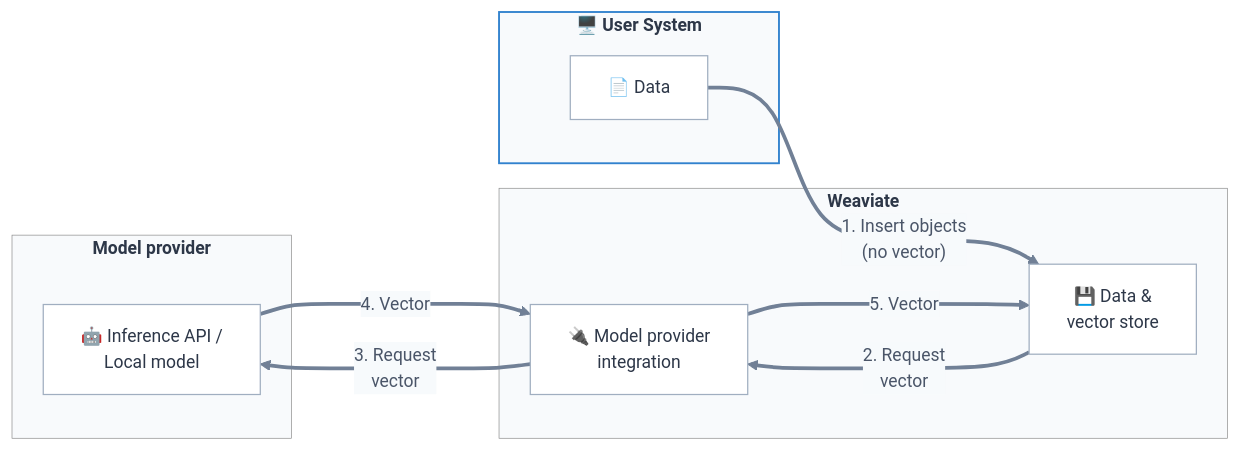
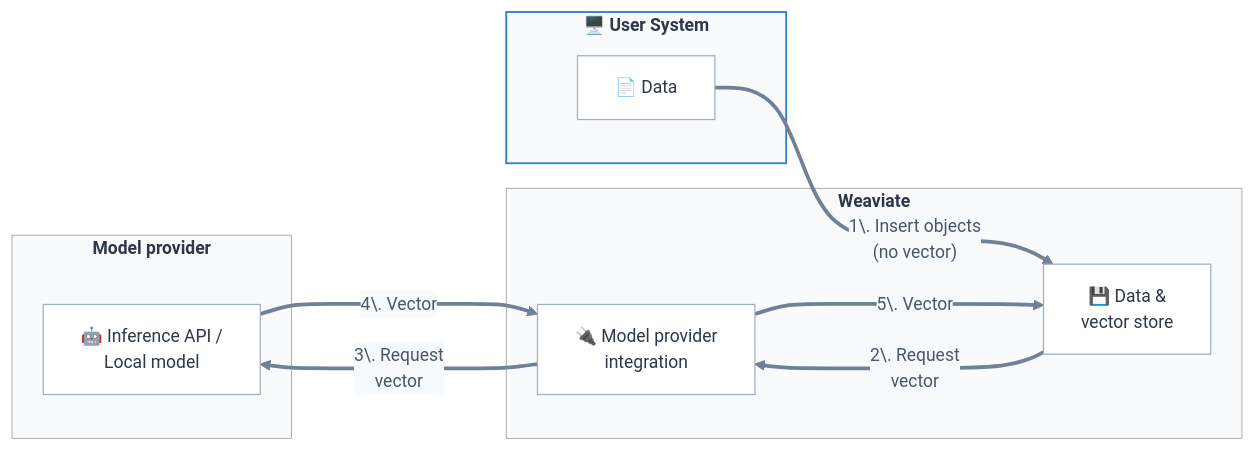
Before and after one commit to weaviate/docs: the first of 2 diagrams in docs/weaviate/concepts/search/vector-search.md, drawn with Mermaid. The commit also changed other lines of this file and 9 other files, not shown here.

````diff
--- a/docs/weaviate/concepts/search/vector-search.md
+++ b/docs/weaviate/concepts/search/vector-search.md
@@ -35,61 +35,61 @@
 ```mermaid
 %%{init: {
   'theme': 'base',
   'themeVariables': {
     'primaryColor': '#4a5568',
     'primaryTextColor': '#2d3748',
     'primaryBorderColor': '#718096',
     'lineColor': '#718096',
     'secondaryColor': '#f7fafc',
     'tertiaryColor': '#edf2f7',
     'fontFamily': 'Inter, system-ui, sans-serif',
     'fontSize': '14px',
     'lineHeight': '1.4',
     'nodeBorder': '1px',
     'mainBkg': '#ffffff',
     'clusterBkg': '#f8fafc'
   }
 }}%%
 
 flowchart LR
     %% Style definitions
     classDef systemBox fill:#f8fafc,stroke:#3182ce,stroke-width:1.5px,color:#2d3748,font-weight:bold
     classDef weaviateBox fill:#f8fafc,stroke:gray,stroke-width:0.5px,color:#2d3748,font-weight:bold
     classDef cloudBox fill:white,stroke:#48bb78,stroke-width:2px,color:#553c9a,font-weight:bold
     classDef providerBox fill:#f8fafc,stroke:gray,stroke-width:0.5px,color:#2d3748,font-weight:bold
     classDef component fill:white,stroke:#a0aec0,stroke-width:1px,color:#2d3748
     classDef edgeLabel fill:white,stroke:#e2e8f0,stroke-width:1px,color:#4a5568
 
     %% Provider section
     subgraph provider["Model provider"]
         inference["🤖 Inference API /\nLocal model"]
     end
 
     %% Weaviate section
     subgraph weaviate["Weaviate"]
         vectorizer["🔌 Model provider\nintegration"]
         core["💾 Data &\nvector store"]
     end
 
     %% User System
     subgraph user["🖥️ User System"]
         data["📄 Data"]
     end
 
     %% Connections with curved edges
-    data --->|"1. Insert objects\n(no vector)"| core
-    core --->|"2. Request\nvector"| vectorizer
-    vectorizer --->|"3. Request\nvector"| inference
-    inference --->|"4. Vector"| vectorizer
-    vectorizer --->|"5. Vector"| core
+    data --->|"1\. Insert objects\n(no vector)"| core
+    core --->|"2\. Request\nvector"| vectorizer
+    vectorizer --->|"3\. Request\nvector"| inference
+    inference --->|"4\. Vector"| vectorizer
+    vectorizer --->|"5\. Vector"| core
 
     %% Apply styles
     class user systemBox
     class weaviate weaviateBox
     class cloud cloudBox
     class provider providerBox
     class data,core,vectorizer,inference component
 
     %% Linkstyle for curved edges
     linkStyle default stroke:#718096,stroke-width:3px,fill:none,background-color:white
 ```
````
